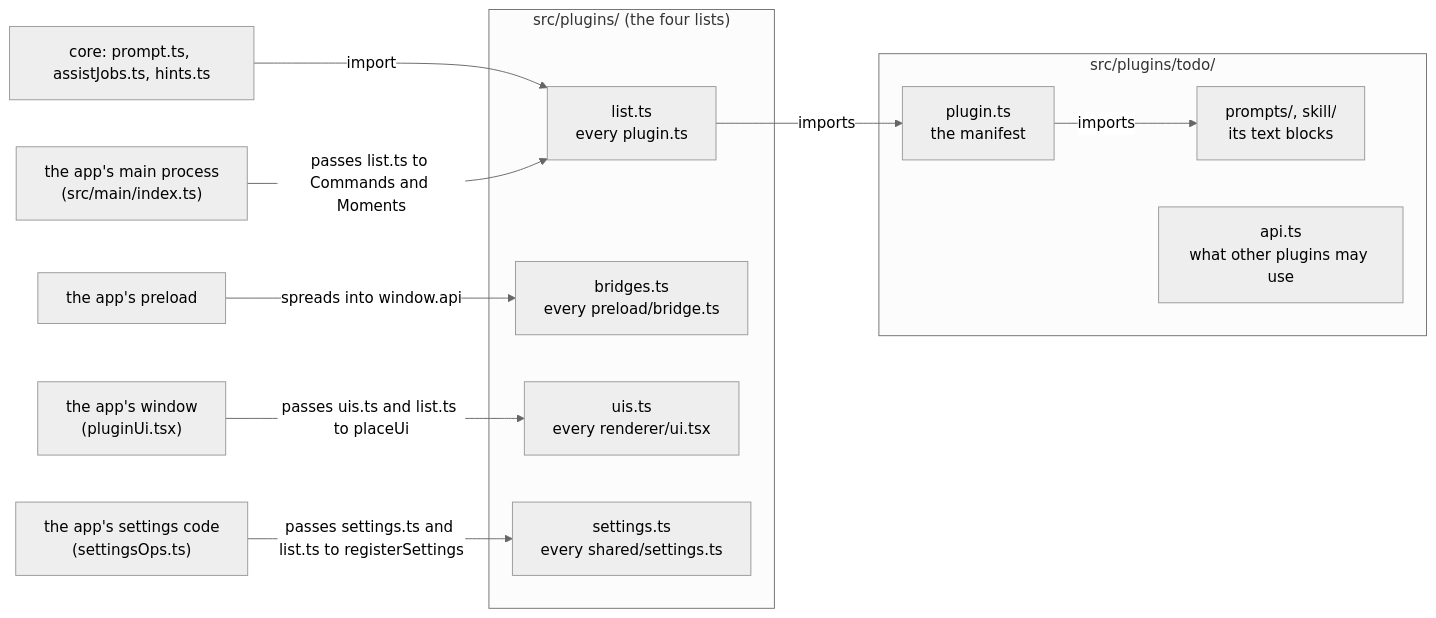
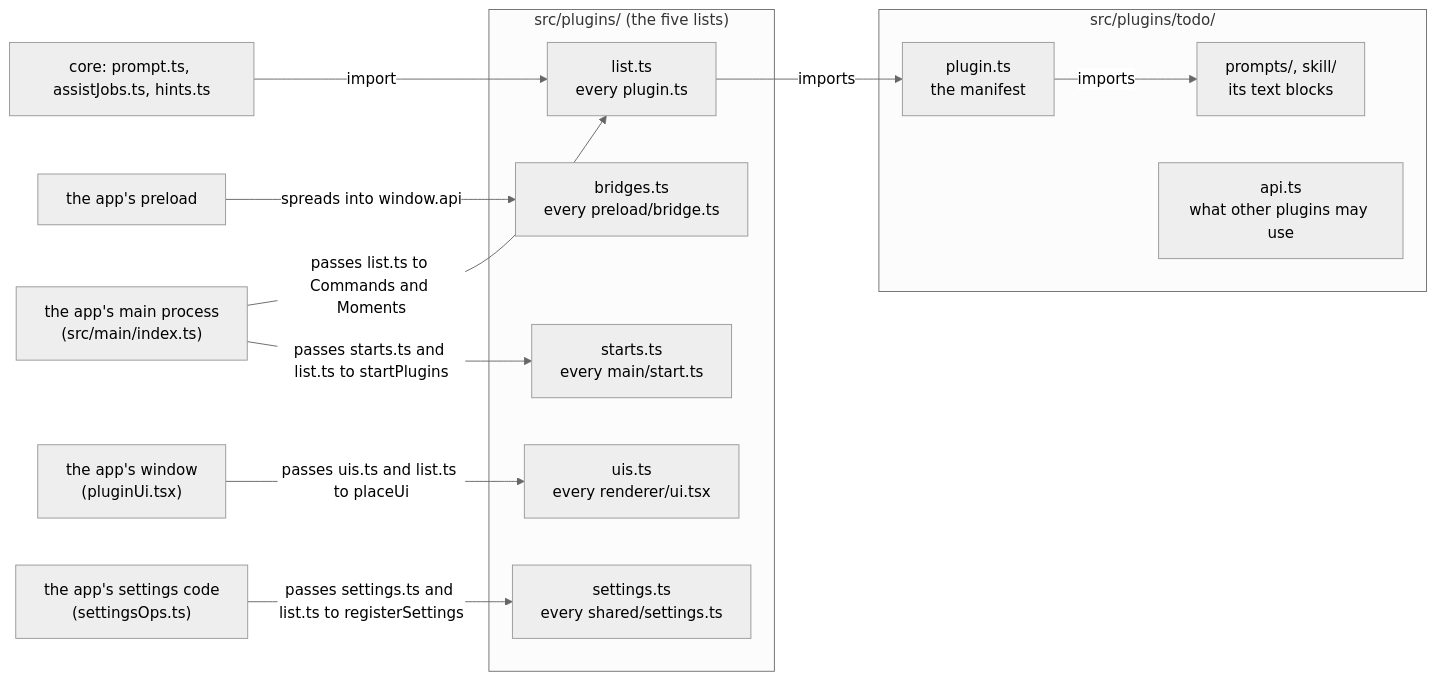
One commit to superkoh/koloft changed the first of 2 diagrams in docs/plugin-format.md. Above: the diagram before and after it, drawn with Mermaid (neutral theme). The commit also changed other lines of this file and 20 other files, not shown here.

Commit message:
refactor(plugins): each plugin's main-process registrations go through one start function, started from a list

````diff
--- a/docs/plugin-format.md
+++ b/docs/plugin-format.md
@@ -125,21 +127,23 @@
 ```mermaid
 flowchart LR
-  subgraph lists["src/plugins/ (the four lists)"]
+  subgraph lists["src/plugins/ (the five lists)"]
     list["list.ts<br/>every plugin.ts"]
     bridges["bridges.ts<br/>every preload/bridge.ts"]
     uis["uis.ts<br/>every renderer/ui.tsx"]
     settings["settings.ts<br/>every shared/settings.ts"]
+    starts["starts.ts<br/>every main/start.ts"]
   end
   prompt["core: prompt.ts, assistJobs.ts, hints.ts"] -->|import| list
   appMain["the app's main process<br/>(src/main/index.ts)"] -->|"passes list.ts to Commands and Moments"| list
+  appMain -->|"passes starts.ts and list.ts to startPlugins"| starts
   preload["the app's preload"] -->|spreads into window.api| bridges
   window["the app's window<br/>(pluginUi.tsx)"] -->|"passes uis.ts and list.ts to placeUi"| uis
   settingsOps["the app's settings code<br/>(settingsOps.ts)"] -->|"passes settings.ts and list.ts to registerSettings"| settings
   list -->|imports| manifest
   subgraph plugin["src/plugins/todo/"]
     manifest["plugin.ts<br/>the manifest"]
     text["prompts/, skill/<br/>its text blocks"]
     api["api.ts<br/>what other plugins may use"]
   end
   manifest -->|imports| text
 ```
````
